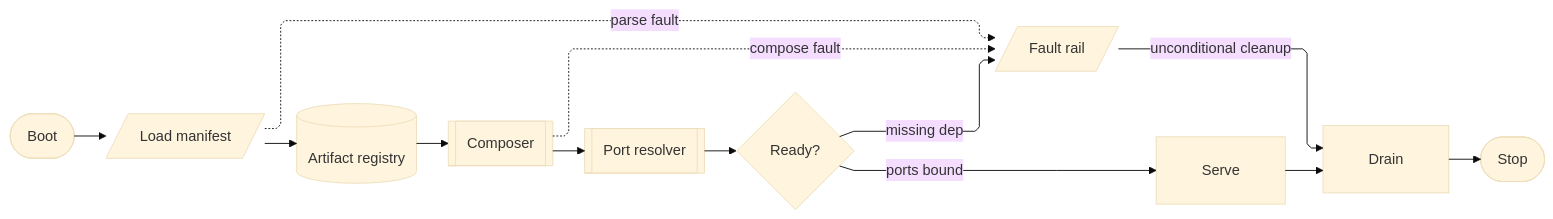
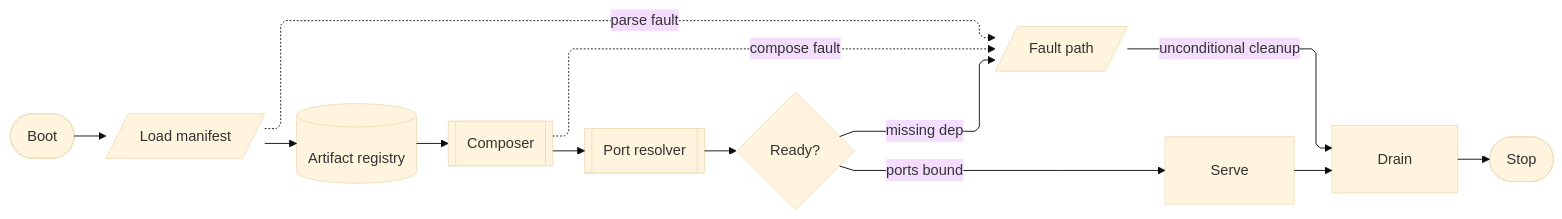
The diagram in .claude/skills/mermaid-diagramming/templates/spine.mmd.md (bsamiee/Rasm), drawn with Mermaid (base theme) before and after one commit. The commit also changed other lines of this file and 1997 other files, not shown here.

````diff
--- a/.claude/skills/mermaid-diagramming/templates/spine.mmd.md
+++ b/.claude/skills/mermaid-diagramming/templates/spine.mmd.md
@@ -5,24 +5,24 @@
 ```mermaid
 ---
 config:
   layout: elk
   flowchart:
     curve: linear
     padding: 25
 ---
 flowchart LR
     accTitle: AppHost runtime spine
-    accDescr: The once-walked host path from boot through manifest load, registry restore, composition, and a readiness gate into serve and drain, with every stage fault converging on one rail that rejoins drain.
+    accDescr: The once-walked host path from boot through manifest load, registry restore, composition, and a readiness gate into serve and drain, with every stage fault converging on one path that rejoins drain.
     Boot([Boot]) --> Manifest[/Load manifest/]
     Manifest --> Registry[(Artifact registry)]
     Registry --> Composer[[Composer]]
     Composer --> Resolver[[Port resolver]]
     Resolver --> Ready{Ready?}
     Ready e1@-->|"ports bound"| Serve[Serve]
-    Ready e2@-->|"missing dep"| Fault[/Fault rail/]
+    Ready e2@-->|"missing dep"| Fault[/Fault path/]
     Manifest e3@-.->|"parse fault"| Fault
     Composer e4@-.->|"compose fault"| Fault
     Serve --> Drain[Drain]
     Fault e5@-->|"unconditional cleanup"| Drain
     Drain --> Stop([Stop])
 ```
````
